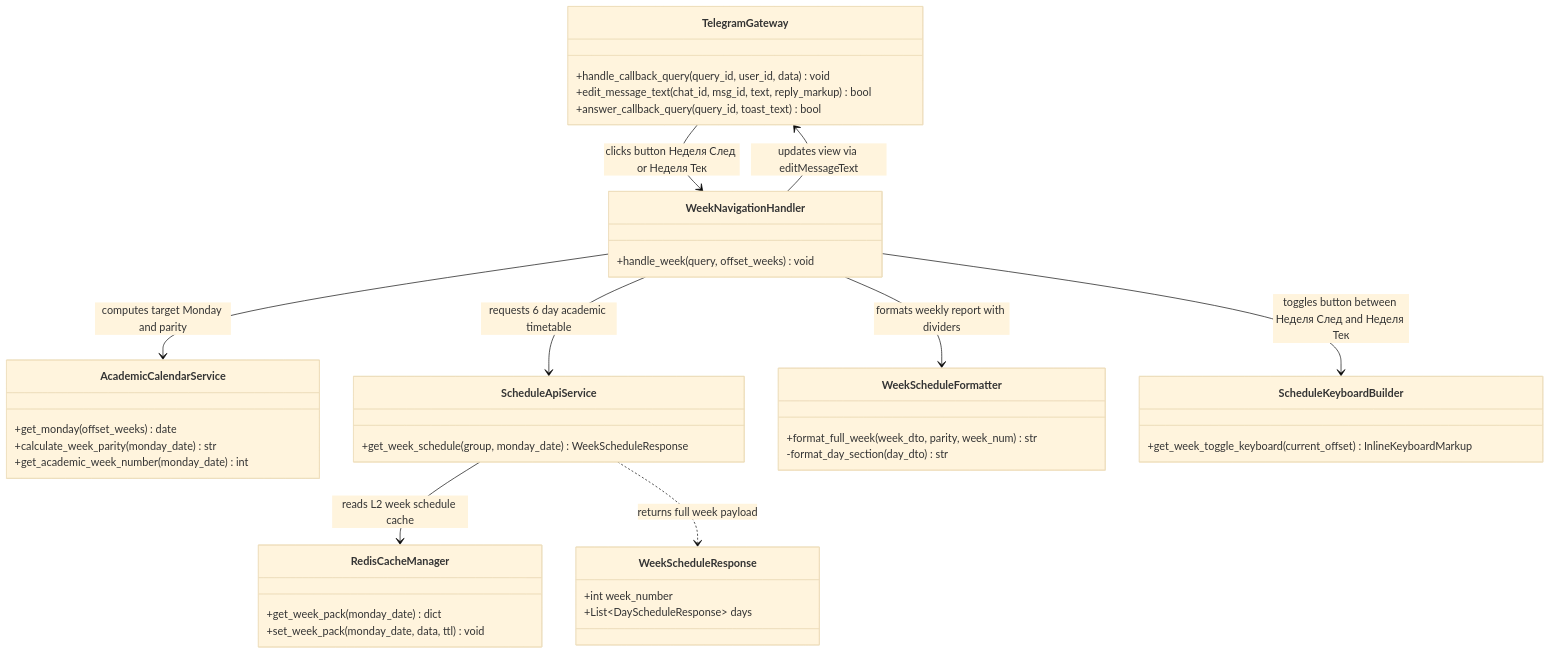
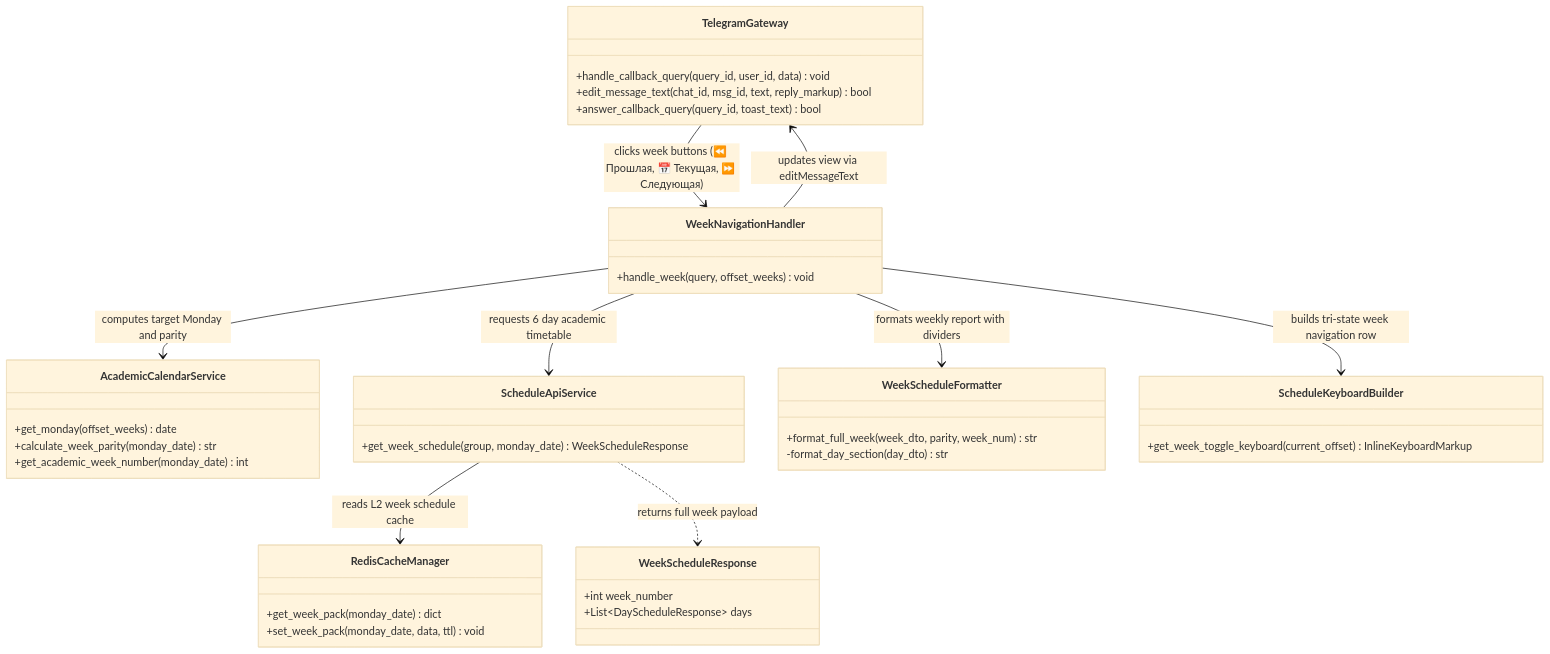
Diagram 12 of 55 in docs/UML.md (Utkautka1/para), drawn with Mermaid (base theme) before and after one commit. The commit also changed other lines of this file and 7 other files, not shown here.

Commit message:
feat(bot): add tri-state week navigation buttons (prev, current, next)

````diff
--- a/docs/UML.md
+++ b/docs/UML.md
@@ -1128,52 +1128,52 @@
 ```mermaid
 classDiagram
     direction TB
 
     class TelegramGateway {
         +handle_callback_query(query_id, user_id, data) void
         +edit_message_text(chat_id, msg_id, text, reply_markup) bool
         +answer_callback_query(query_id, toast_text) bool
     }
 
     class WeekNavigationHandler {
         +handle_week(query, offset_weeks) void
     }
 
     class AcademicCalendarService {
         +get_monday(offset_weeks) date
         +calculate_week_parity(monday_date) str
         +get_academic_week_number(monday_date) int
     }
 
     class ScheduleApiService {
         +get_week_schedule(group, monday_date) WeekScheduleResponse
     }
 
     class RedisCacheManager {
         +get_week_pack(monday_date) dict
         +set_week_pack(monday_date, data, ttl) void
     }
 
     class WeekScheduleFormatter {
         +format_full_week(week_dto, parity, week_num) str
         -format_day_section(day_dto) str
     }
 
     class ScheduleKeyboardBuilder {
         +get_week_toggle_keyboard(current_offset) InlineKeyboardMarkup
     }
 
     class WeekScheduleResponse {
         +int week_number
         +List~DayScheduleResponse~ days
     }
 
-    TelegramGateway --> WeekNavigationHandler : clicks button Неделя След or Неделя Тек
+    TelegramGateway --> WeekNavigationHandler : clicks week buttons (⏪ Прошлая, 📅 Текущая, ⏩ Следующая)
     WeekNavigationHandler --> AcademicCalendarService : computes target Monday and parity
     WeekNavigationHandler --> ScheduleApiService : requests 6 day academic timetable
     ScheduleApiService --> RedisCacheManager : reads L2 week schedule cache
     ScheduleApiService ..> WeekScheduleResponse : returns full week payload
     WeekNavigationHandler --> WeekScheduleFormatter : formats weekly report with dividers
-    WeekNavigationHandler --> ScheduleKeyboardBuilder : toggles button between Неделя След and Неделя Тек
+    WeekNavigationHandler --> ScheduleKeyboardBuilder : builds tri-state week navigation row
     WeekNavigationHandler --> TelegramGateway : updates view via editMessageText
 ```
````
